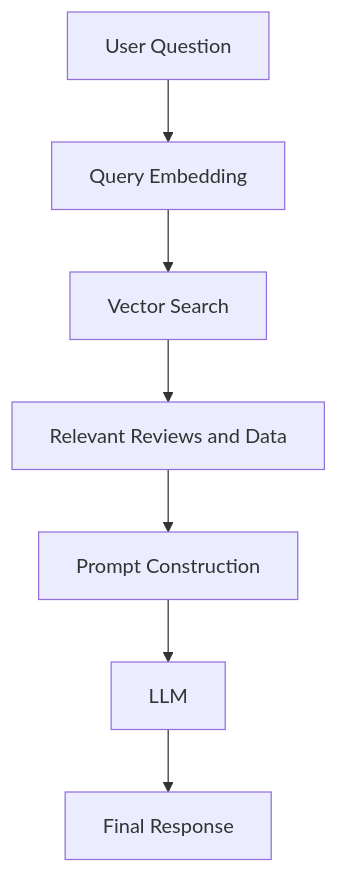
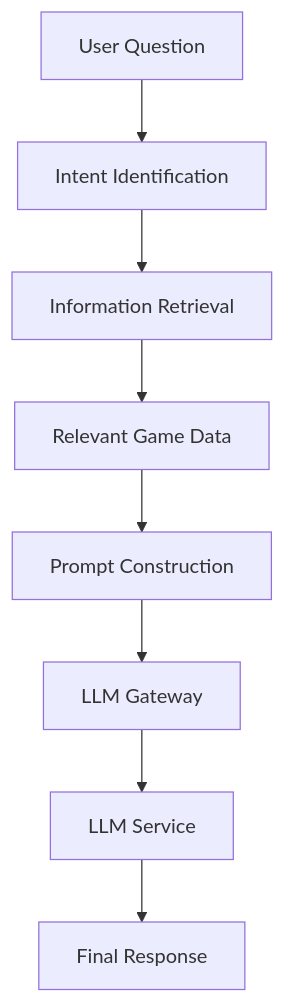
One commit to Rachit47/Arcademia-AI changed the tenth of 25 diagrams in docs/ArcademiaAI_Software_Design_Document.md. Above: the diagram before and after it, drawn with Mermaid. The commit also changed other lines of this file, not shown here.

````diff
--- a/docs/ArcademiaAI_Software_Design_Document.md
+++ b/docs/ArcademiaAI_Software_Design_Document.md
@@ -1181,30 +1546,34 @@
 ```mermaid
 flowchart TD
 
 Question[User Question]
 
-Embedding[Query Embedding]
+Intent[Intent Identification]
 
-Search[Vector Search]
+Retrieval[Information Retrieval]
 
-Context[Relevant Reviews and Data]
+Context[Relevant Game Data]
 
 Prompt[Prompt Construction]
 
-LLM[LLM]
+LLMGateway[LLM Gateway]
+
+LLM[LLM Service]
 
 Answer[Final Response]
 
 
-Question --> Embedding
+Question --> Intent
 
-Embedding --> Search
+Intent --> Retrieval
 
-Search --> Context
+Retrieval --> Context
 
 Context --> Prompt
 
-Prompt --> LLM
+Prompt --> LLMGateway
+
+LLMGateway --> LLM
 
 LLM --> Answer
 ```
````
